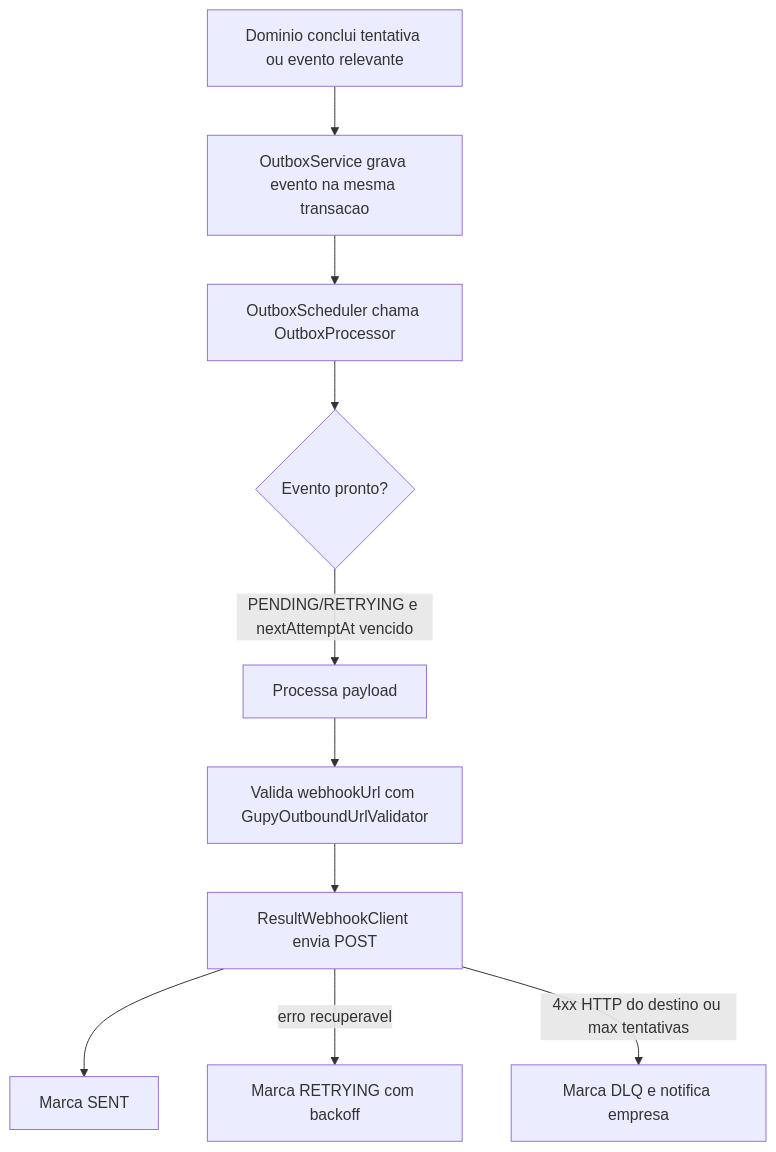
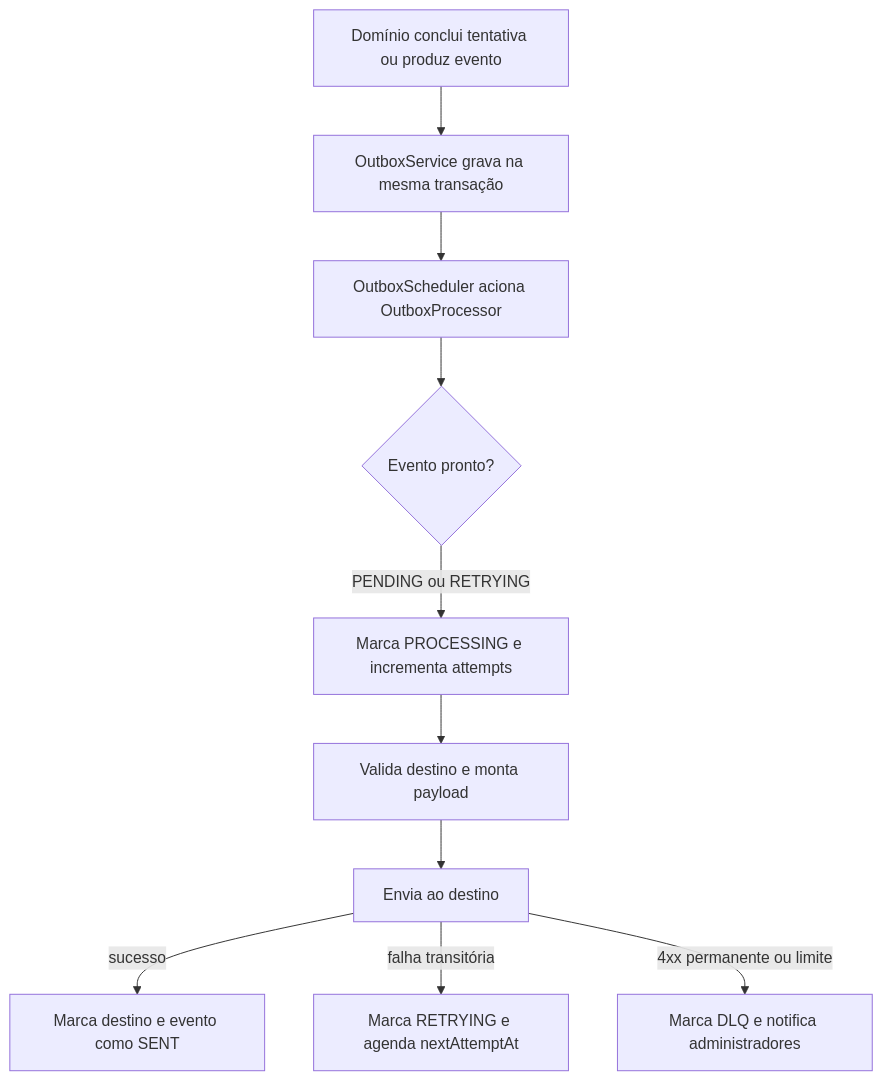
The diagram in docs/ARQUITETURA_OUTBOX_PATTERN.md (diogo2806/praxis), drawn with Mermaid before and after one commit. The commit also changed other lines of this file, not shown here.

Commit message:
docs: corrigir regras e estados do Outbox

````diff
--- a/docs/ARQUITETURA_OUTBOX_PATTERN.md
+++ b/docs/ARQUITETURA_OUTBOX_PATTERN.md
@@ -14,12 +15,12 @@
 ```mermaid
 flowchart TD
-  A["Dominio conclui tentativa ou evento relevante"] --> B["OutboxService grava evento na mesma transacao"]
-  B --> C["OutboxScheduler chama OutboxProcessor"]
+  A["Domínio conclui tentativa ou produz evento"] --> B["OutboxService grava na mesma transação"]
+  B --> C["OutboxScheduler aciona OutboxProcessor"]
   C --> D{"Evento pronto?"}
-  D -->|PENDING/RETRYING e nextAttemptAt vencido| E["Processa payload"]
-  E --> F["Valida webhookUrl com GupyOutboundUrlValidator"]
-  F --> G["ResultWebhookClient envia POST"]
-  G --> H["Marca SENT"]
-  G -->|erro recuperavel| I["Marca RETRYING com backoff"]
-  G -->|4xx HTTP do destino ou max tentativas| J["Marca DLQ e notifica empresa"]
+  D -->|PENDING ou RETRYING| E["Marca PROCESSING e incrementa attempts"]
+  E --> F["Valida destino e monta payload"]
+  F --> G["Envia ao destino"]
+  G -->|sucesso| H["Marca destino e evento como SENT"]
+  G -->|falha transitória| I["Marca RETRYING e agenda nextAttemptAt"]
+  G -->|4xx permanente ou limite| J["Marca DLQ e notifica administradores"]
 ```
````
